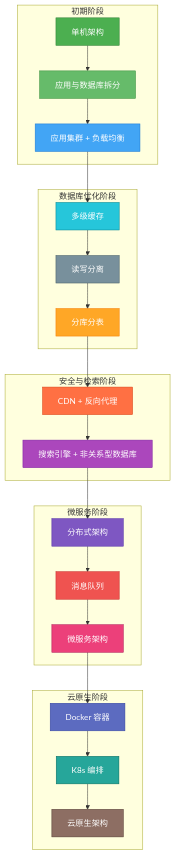
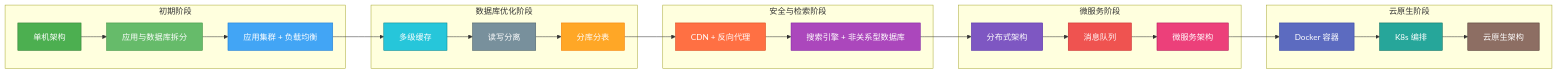
One commit to weng235/weng235.github.io changed the first of 15 diagrams in _posts/2026-05-17-internet-architecture-evolution.md. Above: the diagram before and after it, drawn with Mermaid.

Commit message:
update: 全景图改为横纵结合布局
- 每个阶段内横向排列，阶段之间纵向连接
- 5个阶段从左到右依次排列，共 4 行连接线
- 节省垂直空间，同时保持分组清晰

````diff
--- a/_posts/2026-05-17-internet-architecture-evolution.md
+++ b/_posts/2026-05-17-internet-architecture-evolution.md
@@ -12,49 +12,43 @@
 ```mermaid
-%%{init: {'theme': 'dark', 'themeVariables': { 'fontSize': '18px', 'nodeBorder': '#666', 'lineColor': '#888', 'clusterBkg': '#1a1a2e' }}%%
-graph TB
+%%{init: {'theme': 'dark', 'themeVariables': { 'fontSize': '14px', 'nodeBorder': '#666', 'lineColor': '#888', 'clusterBkg': 'transparent' }}%%
+graph LR
     subgraph 初期阶段
-        A["单机架构"]
-        B["应用与数据库拆分"]
-        C["应用集群 + 负载均衡"]
+        A["单机架构"] --> B["应用与数据库拆分"] --> C["应用集群 + 负载均衡"]
     end
 
     subgraph 数据库优化阶段
-        D["多级缓存"]
-        E["读写分离"]
-        F["分库分表"]
+        D["多级缓存"] --> E["读写分离"] --> F["分库分表"]
     end
 
     subgraph 安全与检索阶段
-        G["CDN + 反向代理"]
-        H["搜索引擎 + 非关系型数据库"]
+        G["CDN + 反向代理"] --> H["搜索引擎 + 非关系型数据库"]
     end
 
     subgraph 微服务阶段
-        I["分布式架构"]
-        J["消息队列"]
-        K["微服务架构"]
+        I["分布式架构"] --> J["消息队列"] --> K["微服务架构"]
     end
 
     subgraph 云原生阶段
-        L["Docker 容器"]
-        M["K8s 编排"]
-        N["云原生架构"]
+        L["Docker 容器"] --> M["K8s 编排"] --> N["云原生架构"]
     end
 
-    A --> B --> C --> D --> E --> F --> G --> H --> I --> J --> K --> L --> M --> N
+    C --> D
+    F --> G
+    H --> I
+    K --> L
 
-    style A fill:#4CAF50,stroke:#2E7D32,color:#fff,fontWeight:bold
-    style B fill:#66BB6A,stroke:#388E3C,color:#fff,fontWeight:bold
-    style C fill:#42A5F5,stroke:#1976D2,color:#fff,fontWeight:bold
-    style D fill:#26C6DA,stroke:#00838F,color:#fff,fontWeight:bold
-    style E fill:#78909C,stroke:#455A64,color:#fff,fontWeight:bold
-    style F fill:#FFA726,stroke:#F57C00,color:#fff,fontWeight:bold
-    style G fill:#FF7043,stroke:#D84315,color:#fff,fontWeight:bold
-    style H fill:#AB47BC,stroke:#7B1FA2,color:#fff,fontWeight:bold
-    style I fill:#7E57C2,stroke:#512DA8,color:#fff,fontWeight:bold
-    style J fill:#EF5350,stroke:#C62828,color:#fff,fontWeight:bold
-    style K fill:#EC407A,stroke:#AD1457,color:#fff,fontWeight:bold
-    style L fill:#5C6BC0,stroke:#303F9F,color:#fff,fontWeight:bold
-    style M fill:#26A69A,stroke:#00695C,color:#fff,fontWeight:bold
-    style N fill:#8D6E63,stroke:#4E342E,color:#fff,fontWeight:bold
+    style A fill:#4CAF50,stroke:#2E7D32,color:#fff
+    style B fill:#66BB6A,stroke:#388E3C,color:#fff
+    style C fill:#42A5F5,stroke:#1976D2,color:#fff
+    style D fill:#26C6DA,stroke:#00838F,color:#fff
+    style E fill:#78909C,stroke:#455A64,color:#fff
+    style F fill:#FFA726,stroke:#F57C00,color:#fff
+    style G fill:#FF7043,stroke:#D84315,color:#fff
+    style H fill:#AB47BC,stroke:#7B1FA2,color:#fff
+    style I fill:#7E57C2,stroke:#512DA8,color:#fff
+    style J fill:#EF5350,stroke:#C62828,color:#fff
+    style K fill:#EC407A,stroke:#AD1457,color:#fff
+    style L fill:#5C6BC0,stroke:#303F9F,color:#fff
+    style M fill:#26A69A,stroke:#00695C,color:#fff
+    style N fill:#8D6E63,stroke:#4E342E,color:#fff
 ```
````
